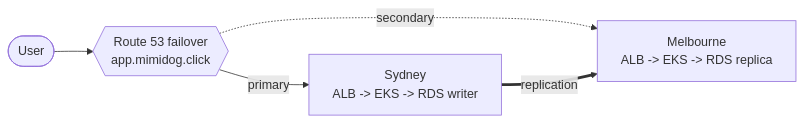
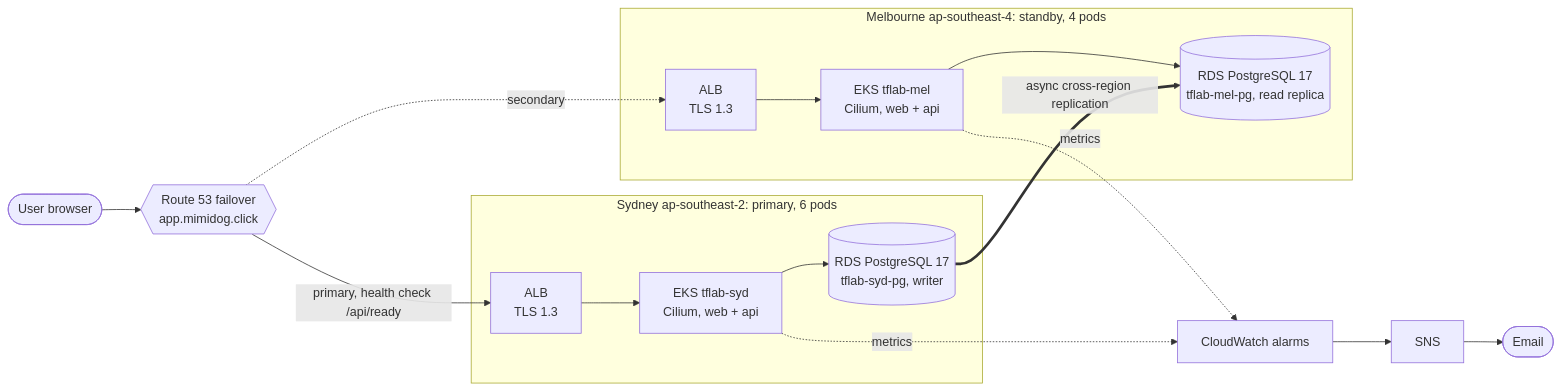
The first of 6 diagrams in README.md (mimidoro/tflab-aws), drawn with Mermaid before and after one commit. The commit also changed other lines of this file and 3 other files, not shown here.

First line of the commit message:
README: six key diagrams (SNAP-FL), console quick links, Pages for interactive docs

````diff
--- a/README.md
+++ b/README.md
@@ -13,7 +26,16 @@
 ```mermaid
 flowchart LR
-  u([User]) --> r53{{Route 53 failover<br/>app.mimidog.click}}
-  r53 -- primary --> syd[Sydney<br/>ALB -> EKS -> RDS writer]
-  r53 -. secondary .-> mel[Melbourne<br/>ALB -> EKS -> RDS replica]
-  syd == replication ==> mel
+  user(["User browser"]) --> r53{{"Route 53 failover<br/>app.mimidog.click"}}
+  r53 -- "primary, health check /api/ready" --> sALB
+  r53 -. "secondary" .-> mALB
+  subgraph SYD["Sydney ap-southeast-2: primary, 6 pods"]
+    sALB["ALB<br/>TLS 1.3"] --> sEKS["EKS tflab-syd<br/>Cilium, web + api"]
+    sEKS --> sRDS[("RDS PostgreSQL 17<br/>tflab-syd-pg, writer")]
+  end
+  subgraph MEL["Melbourne ap-southeast-4: standby, 4 pods"]
+    mALB["ALB<br/>TLS 1.3"] --> mEKS["EKS tflab-mel<br/>Cilium, web + api"]
+    mEKS --> mRDS[("RDS PostgreSQL 17<br/>tflab-mel-pg, read replica")]
+  end
+  sRDS == "async cross-region replication" ==> mRDS
+  sEKS & mEKS -. "metrics" .-> cw["CloudWatch alarms"] --> sns["SNS"] --> mail(["Email"])
 ```
````
